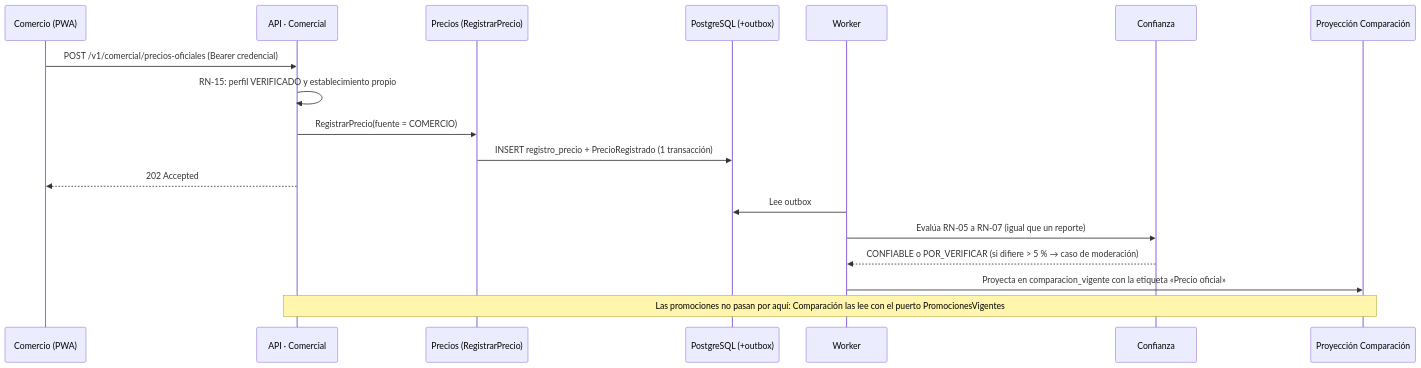
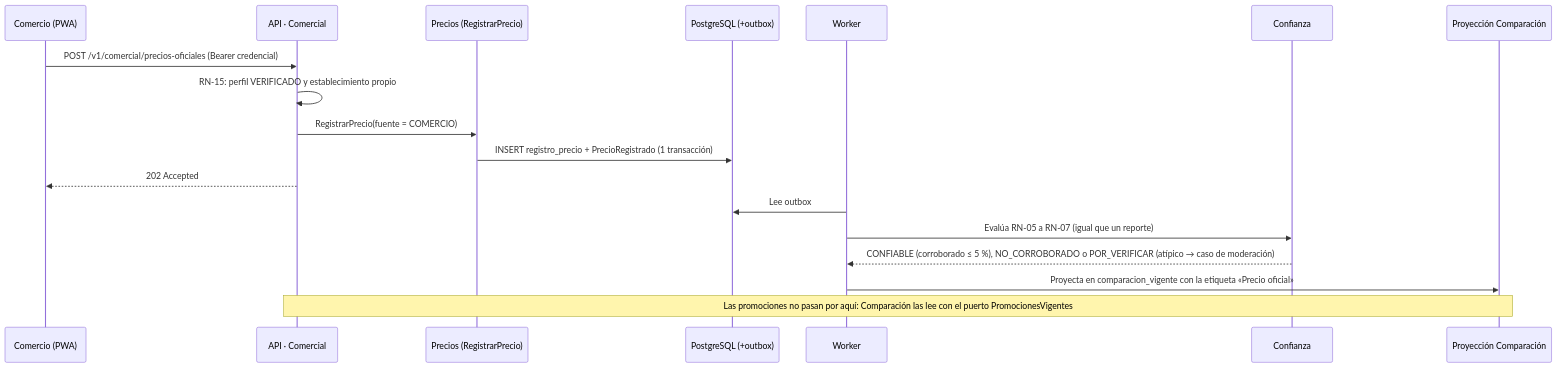
The second of 2 diagrams in docs/03-arquitectura/analisis-impacto-modulo-comercial.md (carlosaugustocue/proyectoNuclear4), drawn with Mermaid before and after one commit. The commit also changed other lines of this file and 5 other files, not shown here.

````diff
--- a/docs/03-arquitectura/analisis-impacto-modulo-comercial.md
+++ b/docs/03-arquitectura/analisis-impacto-modulo-comercial.md
@@ -154,21 +154,21 @@
 ```mermaid
 sequenceDiagram
     participant C as Comercio (PWA)
     participant A as API · Comercial
     participant Pr as Precios (RegistrarPrecio)
     participant DB as PostgreSQL (+outbox)
     participant W as Worker
     participant Co as Confianza
     participant P as Proyección Comparación
 
     C->>A: POST /v1/comercial/precios-oficiales (Bearer credencial)
     A->>A: RN-15: perfil VERIFICADO y establecimiento propio
     A->>Pr: RegistrarPrecio(fuente = COMERCIO)
     Pr->>DB: INSERT registro_precio + PrecioRegistrado (1 transacción)
     A-->>C: 202 Accepted
     W->>DB: Lee outbox
     W->>Co: Evalúa RN-05 a RN-07 (igual que un reporte)
-    Co-->>W: CONFIABLE o POR_VERIFICAR (si difiere > 5 % → caso de moderación)
+    Co-->>W: CONFIABLE (corroborado ≤ 5 %), NO_CORROBORADO o POR_VERIFICAR (atípico → caso de moderación)
     W->>P: Proyecta en comparacion_vigente con la etiqueta «Precio oficial»
     Note over A,P: Las promociones no pasan por aquí: Comparación las lee con el puerto PromocionesVigentes
 ```
````
